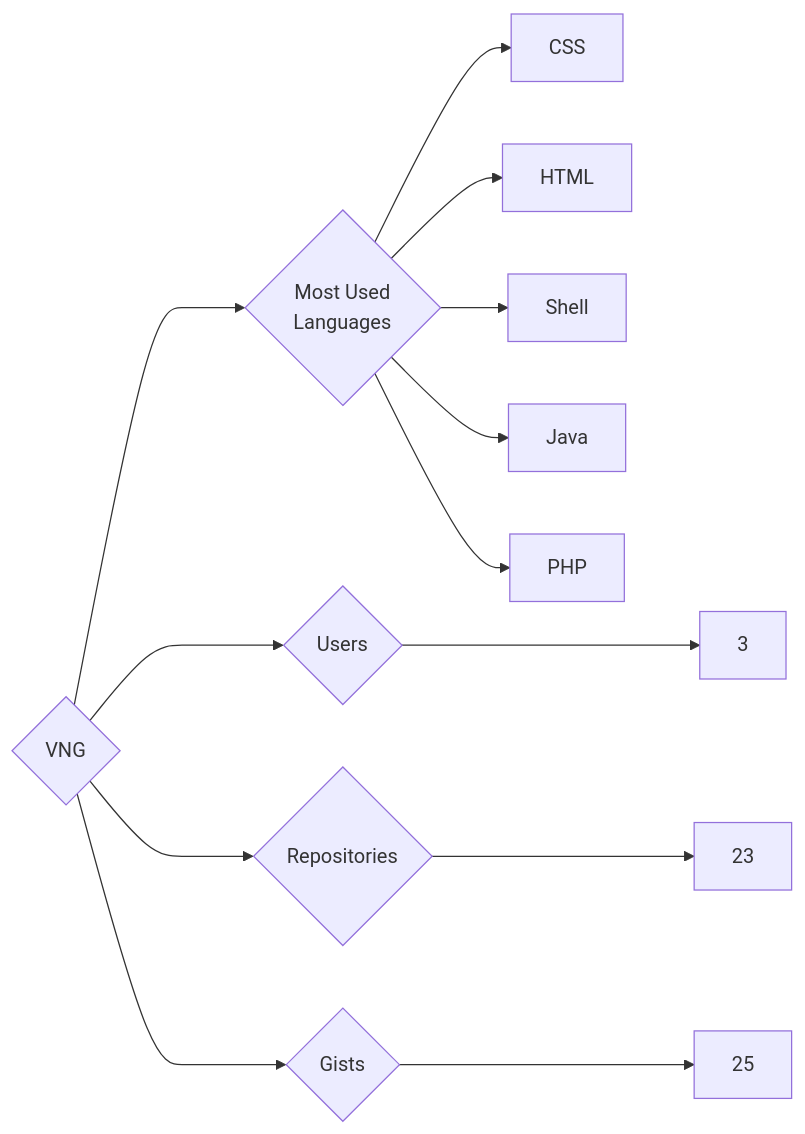
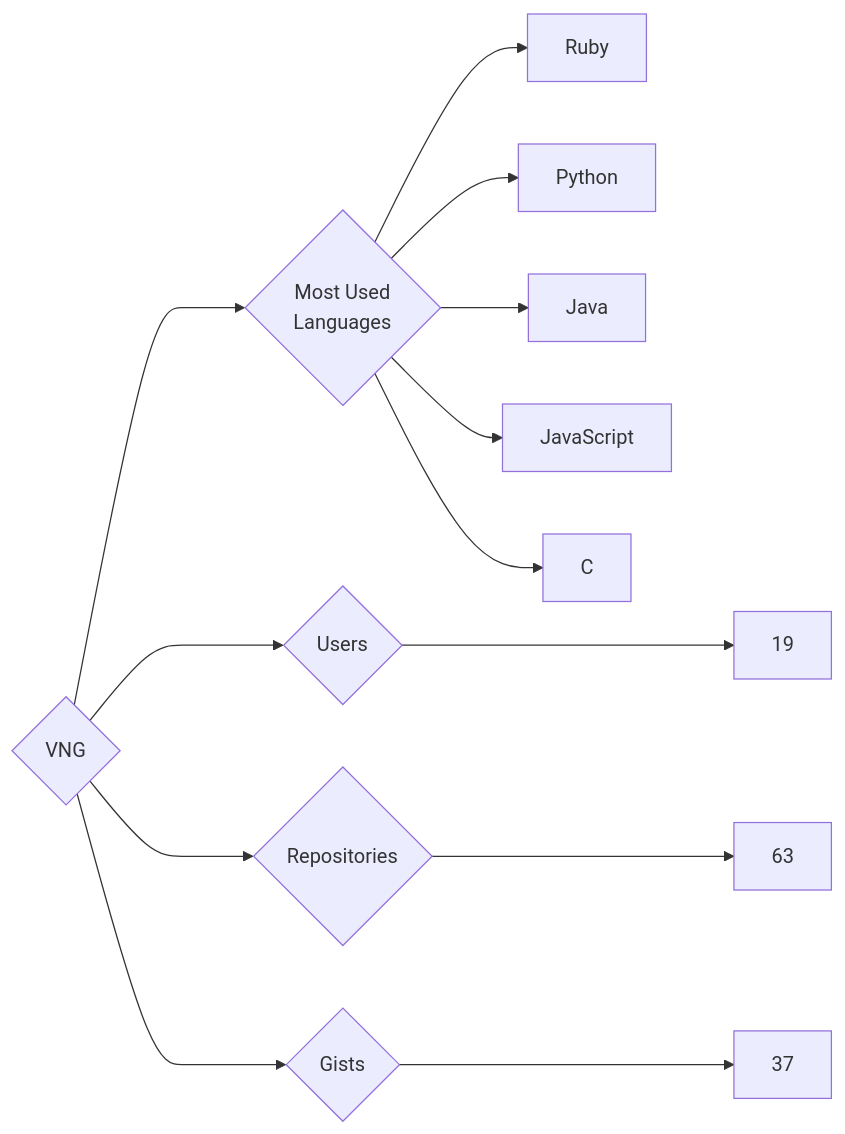
One commit to trickest/insiders changed the diagram in targets/VNG/README.md. Above: the diagram before and after it, drawn with Mermaid. The commit also changed 851 other files, not shown here.

````diff
--- a/targets/VNG/README.md
+++ b/targets/VNG/README.md
@@ -3,13 +3,13 @@
 ```mermaid
 graph LR
 COMPANY_NAME{VNG}
-COMPANY_NAME ---> U{Users} ---> UN[3]
-COMPANY_NAME ---> R{Repositories} ---> RN[23]
-COMPANY_NAME ---> G{Gists} ---> GN[25]
+COMPANY_NAME ---> U{Users} ---> UN[19]
+COMPANY_NAME ---> R{Repositories} ---> RN[63]
+COMPANY_NAME ---> G{Gists} ---> GN[37]
 COMPANY_NAME ---> ML{Most Used<br>Languages}
-ML --> CSS[CSS]
-ML --> HTML[HTML]
-ML --> Shell[Shell]
+ML --> Ruby[Ruby]
+ML --> Python[Python]
 ML --> Java[Java]
-ML --> PHP[PHP]
+ML --> JavaScript[JavaScript]
+ML --> C[C]
 ```
````
